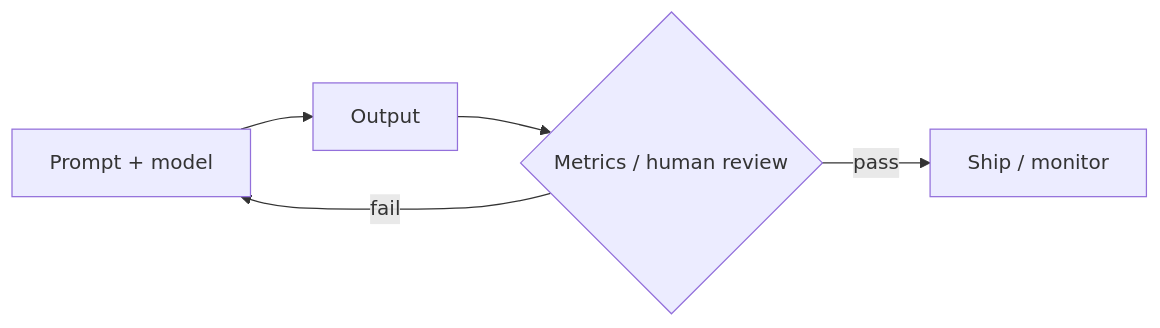
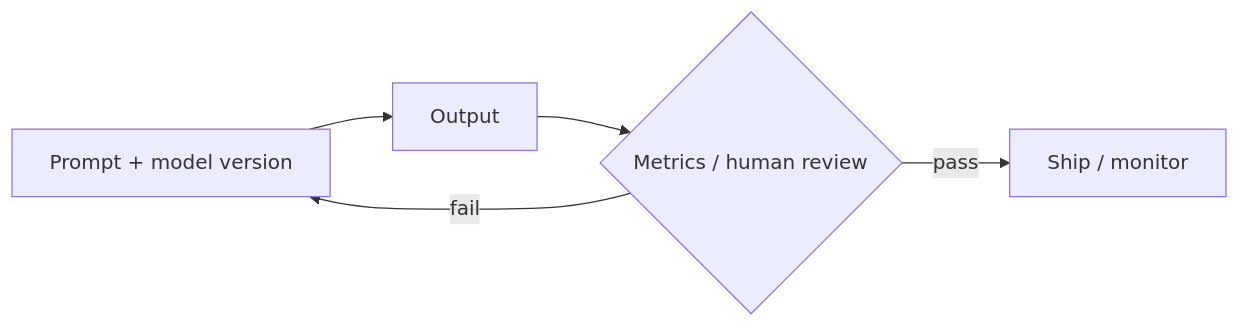
One commit to sharifruet/books-llm changed the second of 2 diagrams in from-prompts-to-systems/from-prompts-to-systems.md. Above: the diagram before and after it, drawn with Mermaid. The commit also changed other lines of this file and 19 other files, not shown here.

````diff
--- a/from-prompts-to-systems/from-prompts-to-systems.md
+++ b/from-prompts-to-systems/from-prompts-to-systems.md
@@ -128,7 +137,7 @@
 ```mermaid
 flowchart LR
-  P[Prompt + model] --> O[Output]
+  P[Prompt + model version] --> O[Output]
   O --> M{Metrics / human review}
   M -->|fail| P
   M -->|pass| Ship[Ship / monitor]
 ```
````
